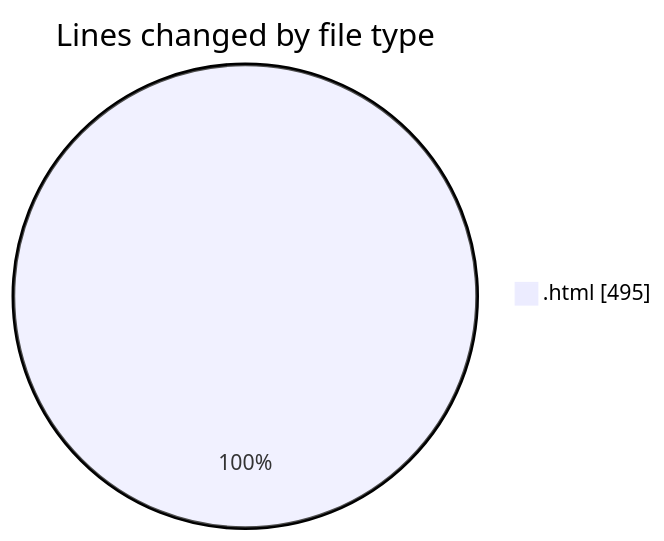
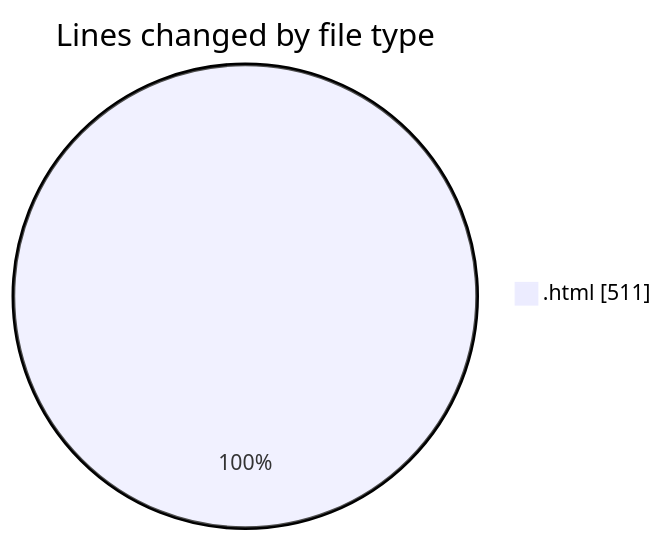
The first of 2 diagrams in 2025-01-08/nueva_carpeta/README.md (LanceThiago/code-tracking), drawn with Mermaid before and after one commit. The commit also changed other lines of this file and 1 other file, not shown here.

````diff
--- a/2025-01-08/nueva_carpeta/README.md
+++ b/2025-01-08/nueva_carpeta/README.md
@@ -20,5 +20,5 @@
 ```mermaid
 pie showData
 title Lines changed by file type
-".html" : 495
+".html" : 511
 ```
````
